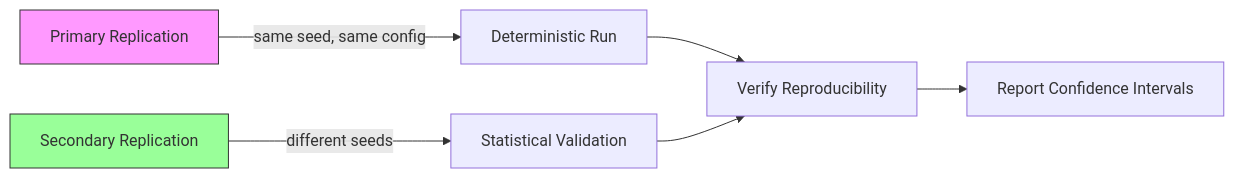
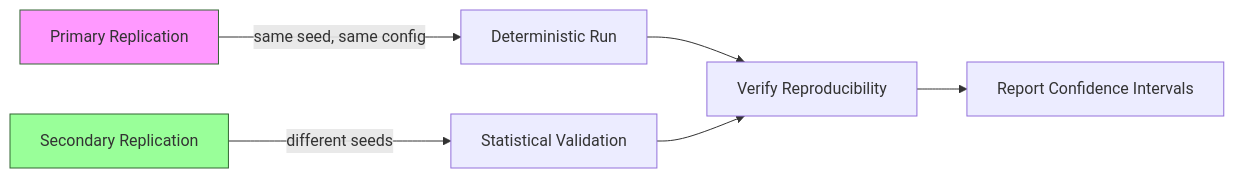
Before and after one commit to Evintkoo/2048-ml: the fourth of 4 diagrams in plans/08-Research-Report/02-Methodology/01-experimental-design.md, drawn with Mermaid. The commit also changed other lines of this file and 144 other files, not shown here.

````diff
--- a/plans/08-Research-Report/02-Methodology/01-experimental-design.md
+++ b/plans/08-Research-Report/02-Methodology/01-experimental-design.md
@@ -115,11 +115,11 @@
 ```mermaid
 flowchart LR
     A[Primary Replication] -->|same seed, same config| B[Deterministic Run]
     C[Secondary Replication] -->|different seeds| D[Statistical Validation]
     B --> E[Verify Reproducibility]
     D --> E
     E --> F[Report Confidence Intervals]
     
-    style A fill:#f9f,stroke:#333
-    style C fill:#9f9,stroke:#333
+    style A fill:#f9f,stroke:#363
+    style C fill:#9f9,stroke:#363
 ```
````
